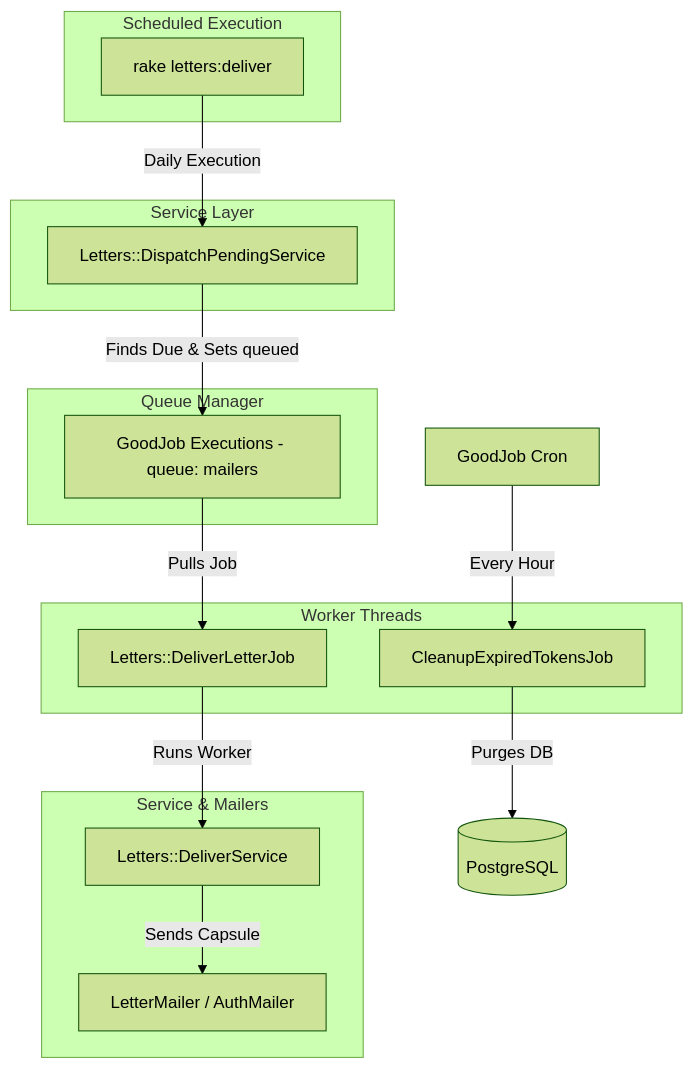
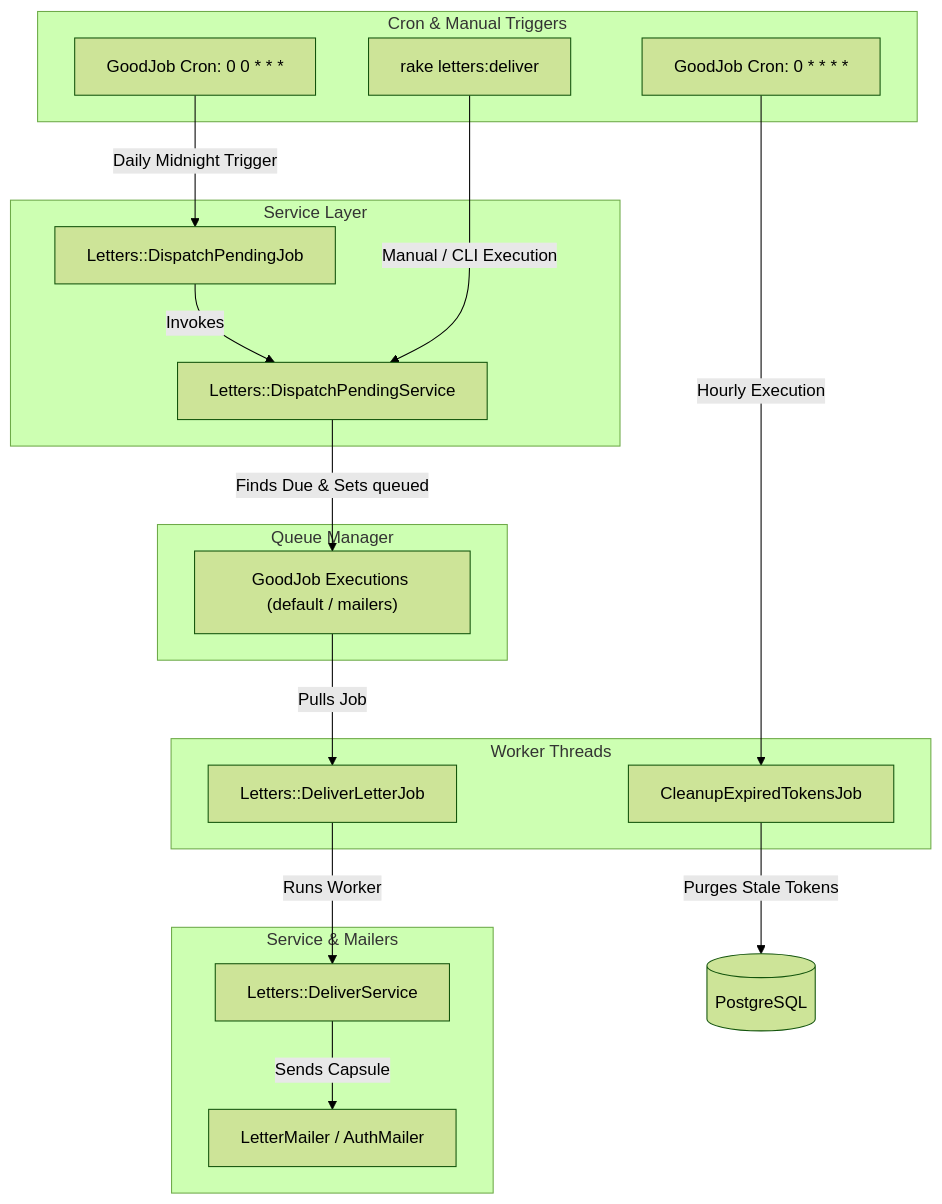
The fifth of 6 diagrams in docs/architecture.md (nmenag/time_echo), drawn with Mermaid (forest theme) before and after one commit. The commit also changed other lines of this file and 24 other files, not shown here.

````diff
--- a/docs/architecture.md
+++ b/docs/architecture.md
@@ -297,33 +310,38 @@
 ```mermaid
 graph TD
-    subgraph Trigger [Scheduled Execution]
-        RakeTask[rake letters:deliver]
+    subgraph Schedulers [Cron & Manual Triggers]
+        CronDispatch["GoodJob Cron: 0 0 * * *"]
+        RakeTask["rake letters:deliver"]
+        CronClean["GoodJob Cron: 0 * * * *"]
     end
 
     subgraph Dispatcher [Service Layer]
+        DPJ[Letters::DispatchPendingJob]
         DS[Letters::DispatchPendingService]
     end
 
     subgraph GoodJob [Queue Manager]
-        Ready[GoodJob Executions - queue: mailers]
+        Ready["GoodJob Executions (default / mailers)"]
     end
 
     subgraph Workers [Worker Threads]
         DelJob[Letters::DeliverLetterJob]
         ClClean[CleanupExpiredTokensJob]
     end
 
     subgraph Execution [Service & Mailers]
         DelService[Letters::DeliverService]
         SMTP[LetterMailer / AuthMailer]
     end
 
-    RakeTask -->|Daily Execution| DS
+    CronDispatch -->|Daily Midnight Trigger| DPJ
+    DPJ -->|Invokes| DS
+    RakeTask -->|Manual / CLI Execution| DS
     DS -->|Finds Due & Sets queued| Ready
     Ready -->|Pulls Job| DelJob
     DelJob -->|Runs Worker| DelService
     DelService -->|Sends Capsule| SMTP
 
-    Cron[GoodJob Cron] -->|Every Hour| ClClean
-    ClClean -->|Purges DB| PG[(PostgreSQL)]
+    CronClean -->|Hourly Execution| ClClean
+    ClClean -->|Purges Stale Tokens| PG[(PostgreSQL)]
 ```
````
